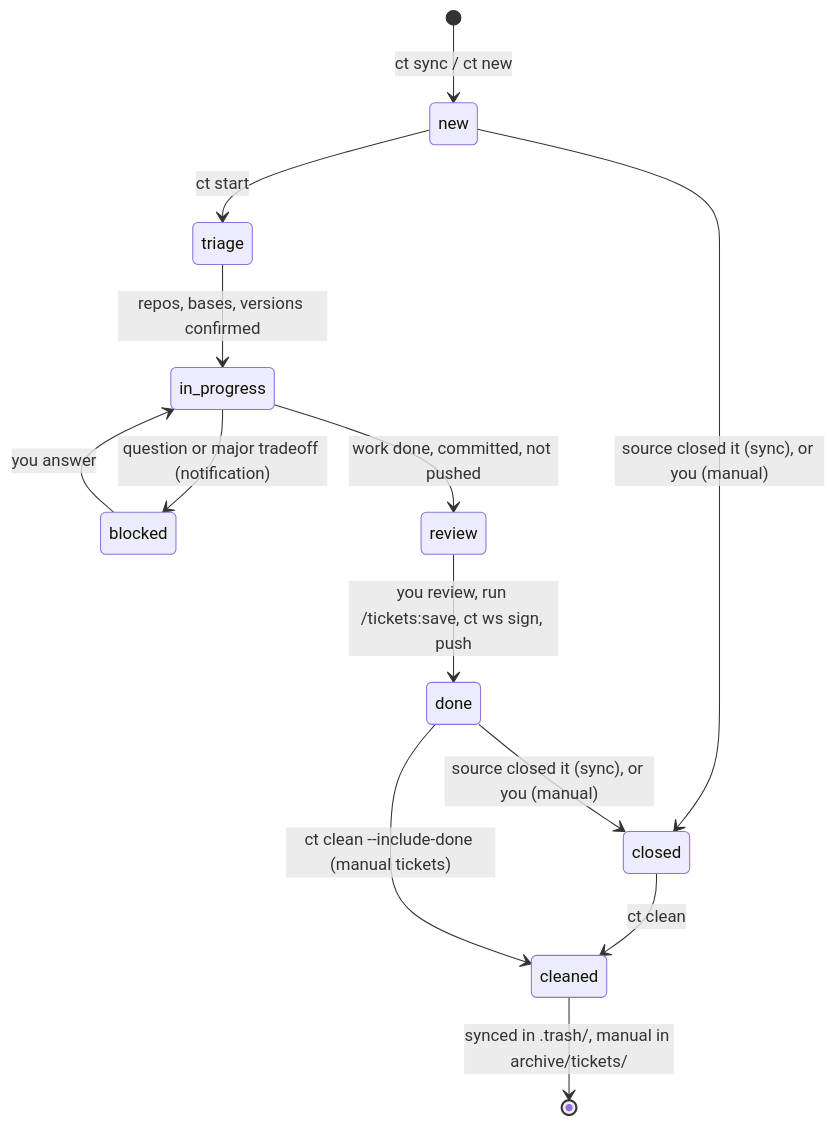
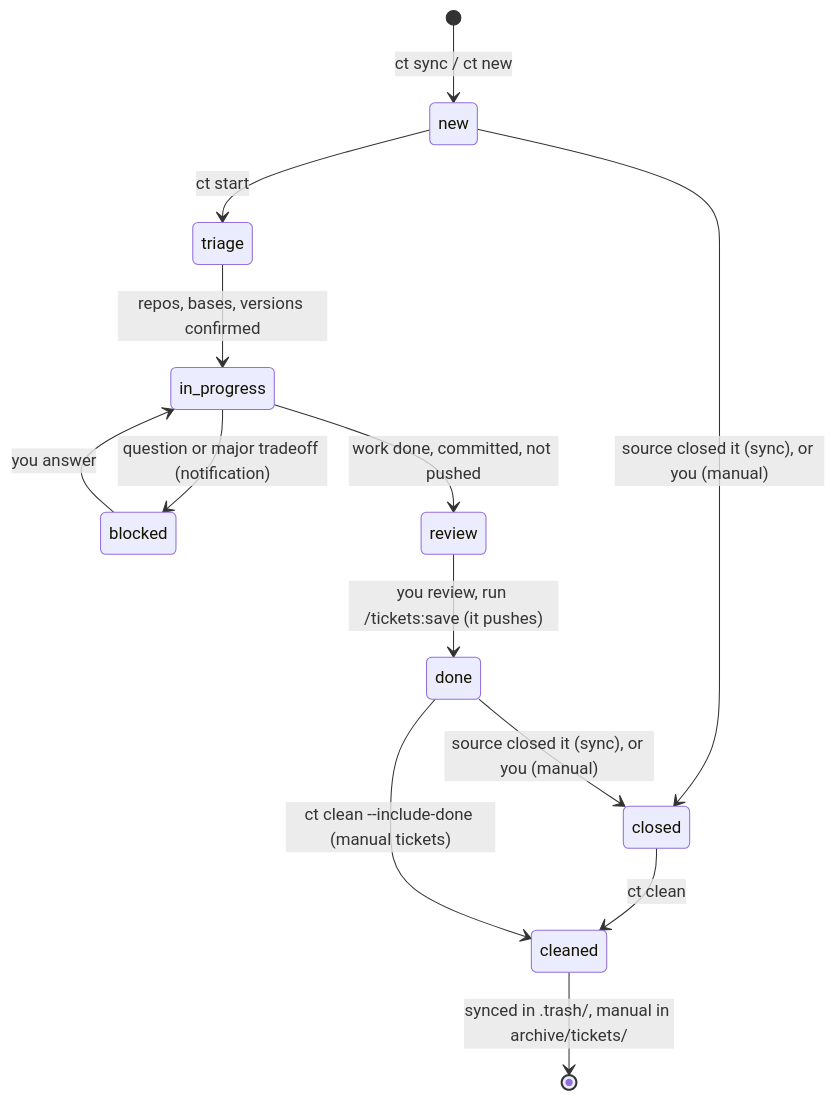
Before and after one commit to zero4573/claude-tickets: the second of 7 diagrams in README.md, drawn with Mermaid. The commit also changed other lines of this file and 126 other files, not shown here.

````diff
--- a/README.md
+++ b/README.md
@@ -393,15 +405,15 @@
 ```mermaid
 stateDiagram-v2
   [*] --> new: ct sync / ct new
   new --> triage: ct start
   triage --> in_progress: repos, bases, versions confirmed
   in_progress --> blocked: question or major tradeoff (notification)
   blocked --> in_progress: you answer
   in_progress --> review: work done, committed, not pushed
-  review --> done: you review, run /tickets:save, ct ws sign, push
+  review --> done: you review, run /tickets:save (it pushes)
   new --> closed: source closed it (sync), or you (manual)
   done --> closed: source closed it (sync), or you (manual)
   closed --> cleaned: ct clean
   done --> cleaned: ct clean --include-done (manual tickets)
   cleaned --> [*]: synced in .trash/, manual in archive/tickets/
 ```
````
